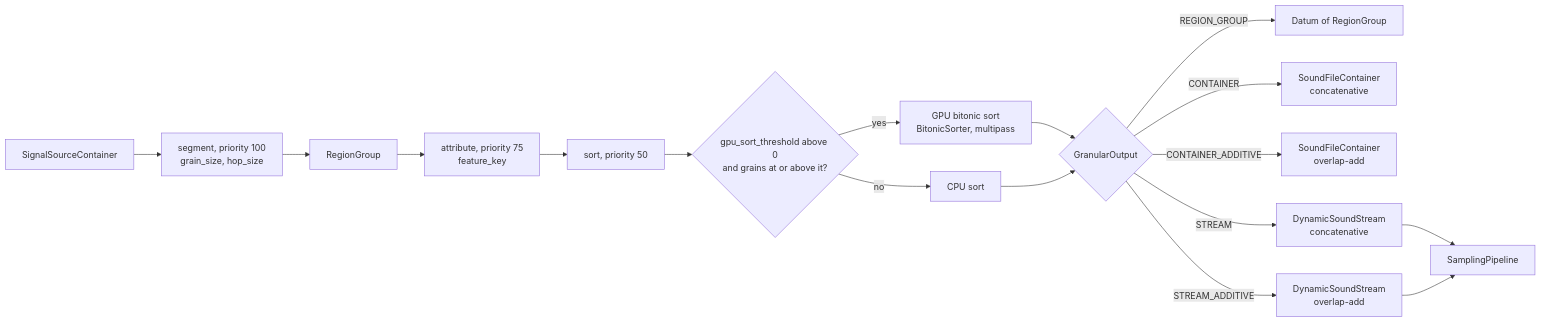
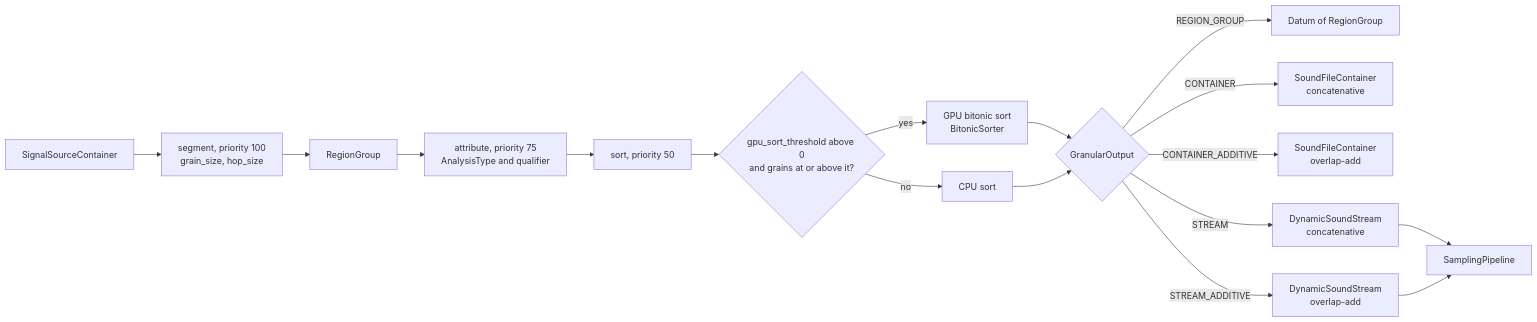
One commit to MayaFlux/MayaFlux changed diagram 11 of 14 in docs/GPGPU-Guide.md. Above: the diagram before and after it, drawn with Mermaid. The commit also changed other lines of this file and 3 other files, not shown here.

````diff
--- a/docs/GPGPU-Guide.md
+++ b/docs/GPGPU-Guide.md
@@ -787,19 +903,19 @@
 ```mermaid
 flowchart LR
     SRC["SignalSourceContainer"] --> SEG["segment, priority 100<br/>grain_size, hop_size"]
     SEG --> RG["RegionGroup"]
-    RG --> ATT["attribute, priority 75<br/>feature_key"]
+    RG --> ATT["attribute, priority 75<br/>AnalysisType and qualifier"]
     ATT --> SORT["sort, priority 50"]
     SORT --> T{"gpu_sort_threshold above 0<br/>and grains at or above it?"}
-    T -- yes --> GS["GPU bitonic sort<br/>BitonicSorter, multipass"]
+    T -- yes --> GS["GPU bitonic sort<br/>BitonicSorter"]
     T -- no --> CS["CPU sort"]
     GS --> OUT{"GranularOutput"}
     CS --> OUT
     OUT -- "REGION_GROUP" --> O1["Datum of RegionGroup"]
     OUT -- "CONTAINER" --> O2["SoundFileContainer<br/>concatenative"]
     OUT -- "CONTAINER_ADDITIVE" --> O3["SoundFileContainer<br/>overlap-add"]
     OUT -- "STREAM" --> O4["DynamicSoundStream<br/>concatenative"]
     OUT -- "STREAM_ADDITIVE" --> O5["DynamicSoundStream<br/>overlap-add"]
     O4 --> SP["SamplingPipeline"]
     O5 --> SP
 ```
````
